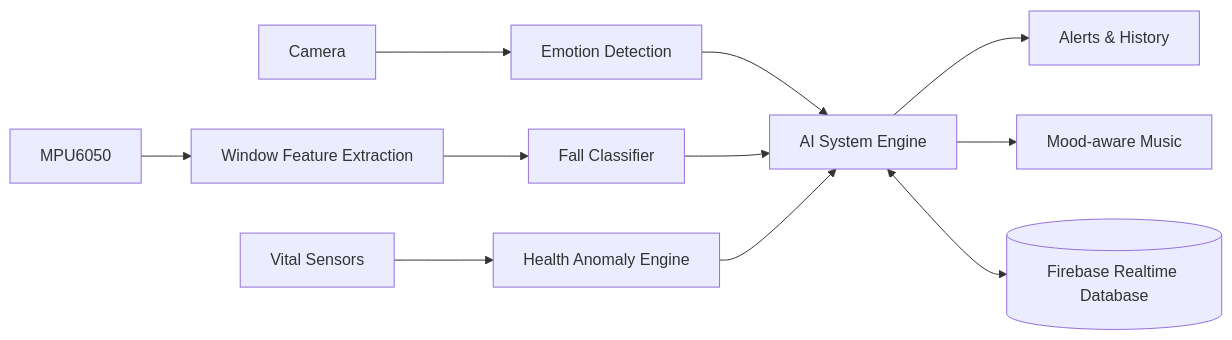
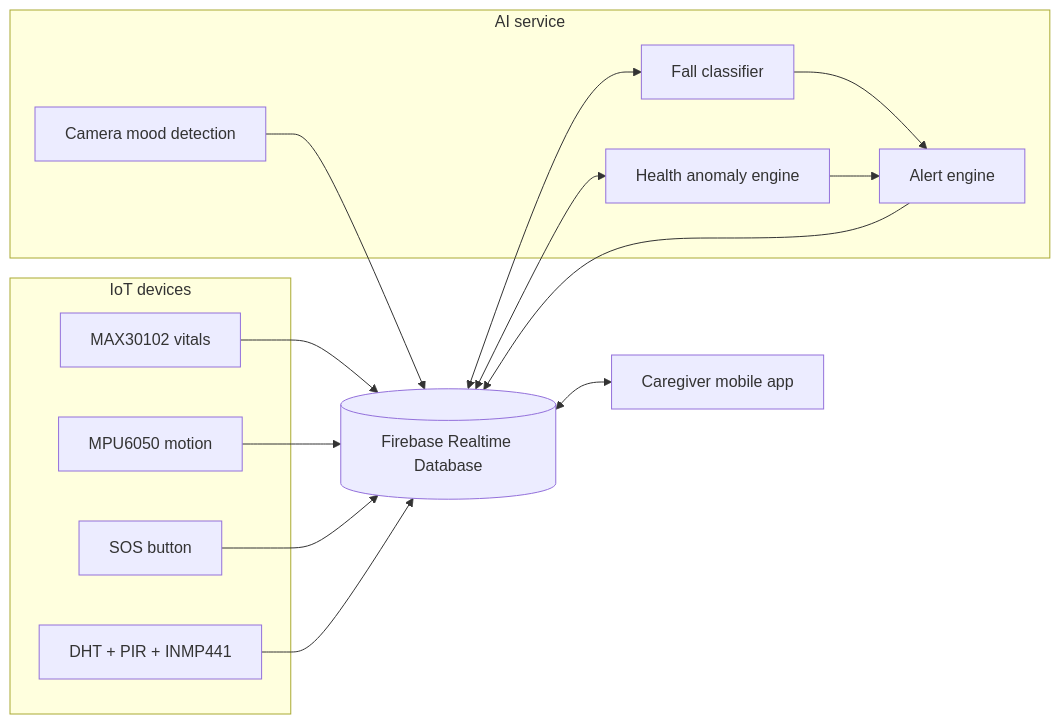
The diagram in README.md (amayarathnayake2001-wq/Elderly-Care), drawn with Mermaid before and after one commit. The commit also changed other lines of this file and 88 other files, not shown here.

````diff
--- a/README.md
+++ b/README.md
@@ -47,13 +24,28 @@
 ```mermaid
 flowchart LR
-    CAM[Camera] --> MOOD[Emotion Detection]
-    MPU[MPU6050] --> FEATURES[Window Feature Extraction]
-    VITALS[Vital Sensors] --> HEALTH[Health Anomaly Engine]
-    FEATURES --> FALL[Fall Classifier]
-    MOOD --> CORE[AI System Engine]
-    FALL --> CORE
-    HEALTH --> CORE
-    CORE --> ALERTS[Alerts & History]
-    CORE --> MUSIC[Mood-aware Music]
-    CORE <--> DB[(Firebase Realtime Database)]
+    subgraph IoT[IoT devices]
+        V[MAX30102 vitals]
+        M[MPU6050 motion]
+        S[SOS button]
+        R[DHT + PIR + INMP441]
+    end
+    subgraph AI[AI service]
+        C[Camera mood detection]
+        F[Fall classifier]
+        H[Health anomaly engine]
+        A[Alert engine]
+    end
+    DB[(Firebase Realtime Database)]
+    APP[Caregiver mobile app]
+    V --> DB
+    M --> DB
+    S --> DB
+    R --> DB
+    DB <--> F
+    DB <--> H
+    C --> DB
+    F --> A
+    H --> A
+    A --> DB
+    DB <--> APP
 ```
````
